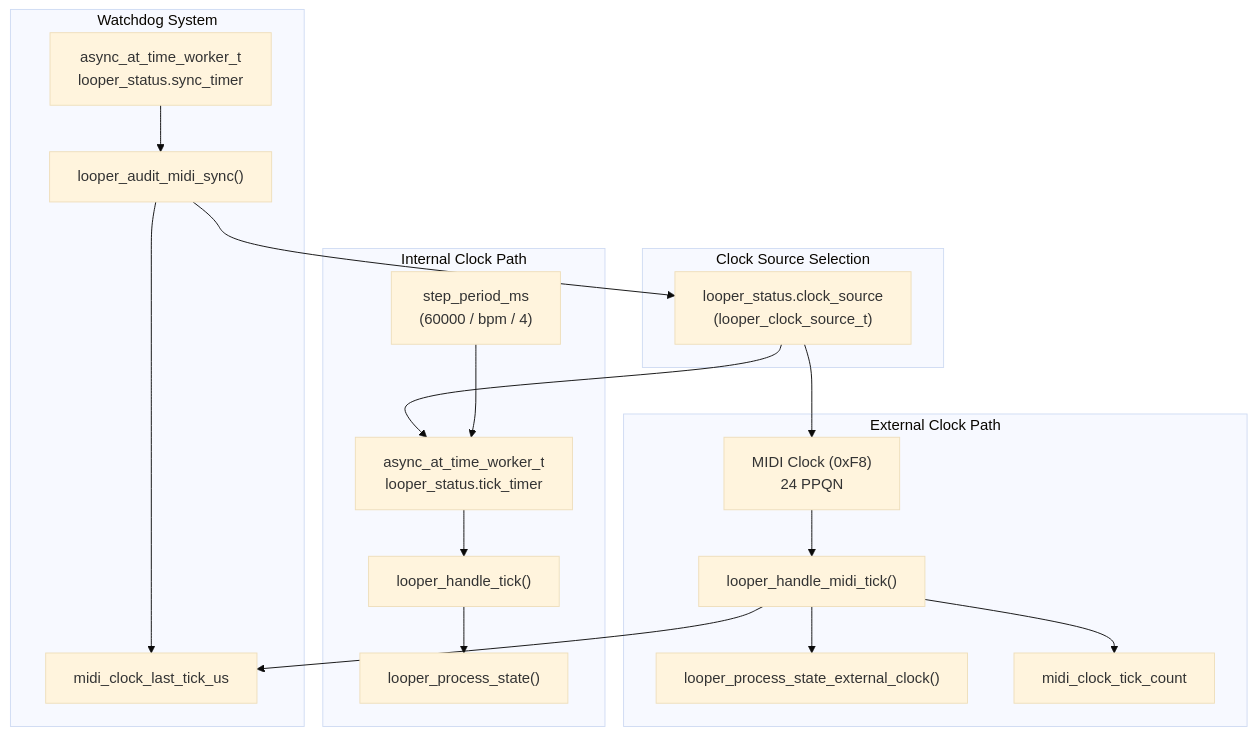
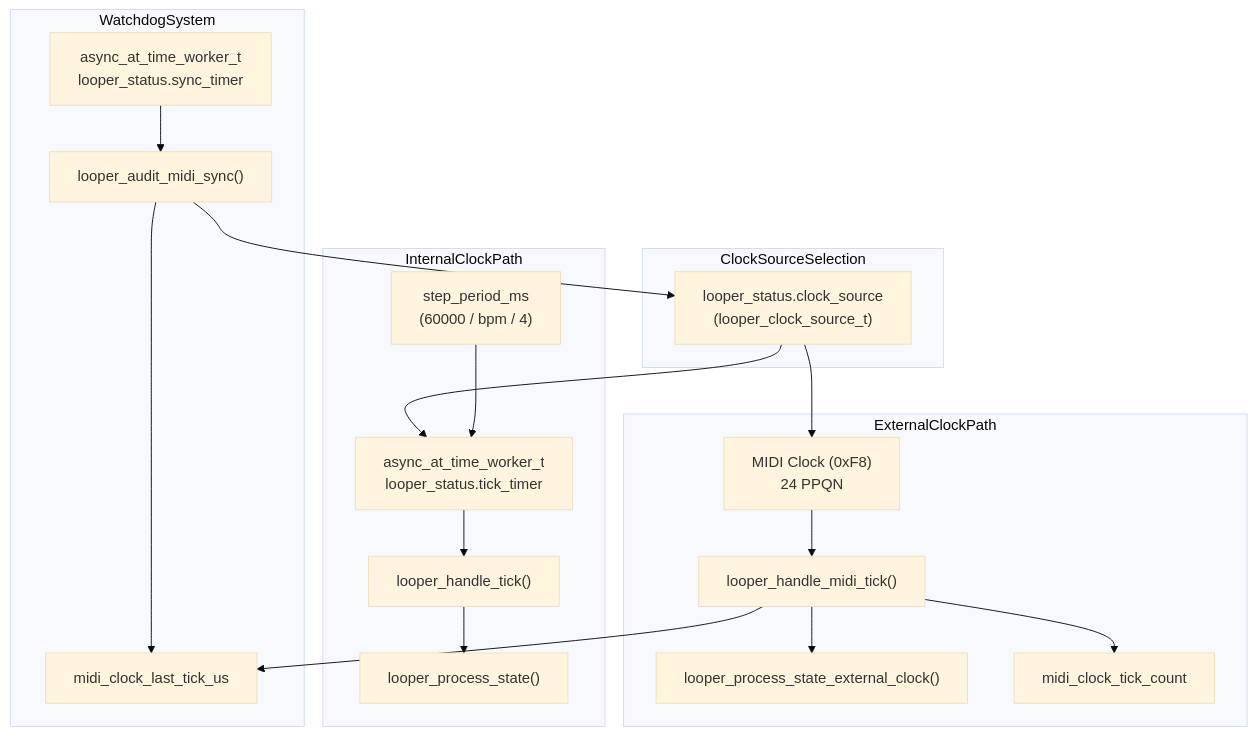
One commit to Jus-Be/orinayo-pico changed the first of 5 diagrams in wiki/5.3-clock-synchronization.md. Above: the diagram before and after it, drawn with Mermaid (base theme). The commit also changed other lines of this file and 42 other files, not shown here.

````diff
--- a/wiki/5.3-clock-synchronization.md
+++ b/wiki/5.3-clock-synchronization.md
@@ -36,53 +45,53 @@
 ```mermaid
 flowchart TD
 
 ClockSource["looper_status.clock_source<br>(looper_clock_source_t)"]
 AsyncTimer["async_at_time_worker_t<br>looper_status.tick_timer"]
 HandleTick["looper_handle_tick()"]
 ProcessState["looper_process_state()"]
 StepPeriod["step_period_ms<br>(60000 / bpm / 4)"]
 MIDIClock["MIDI Clock (0xF8)<br>24 PPQN"]
 HandleMIDITick["looper_handle_midi_tick()"]
 ProcessStateExt["looper_process_state_external_clock()"]
 TickCount["midi_clock_tick_count"]
 SyncTimer["async_at_time_worker_t<br>looper_status.sync_timer"]
 AuditSync["looper_audit_midi_sync()"]
 LastTick["midi_clock_last_tick_us"]
 
 ClockSource --> AsyncTimer
 ClockSource --> MIDIClock
 HandleMIDITick --> LastTick
 AuditSync --> ClockSource
 
-subgraph subGraph3 ["Watchdog System"]
+subgraph WatchdogSystem ["WatchdogSystem"]
     SyncTimer
     AuditSync
     LastTick
     SyncTimer --> AuditSync
     AuditSync --> LastTick
 end
 
-subgraph subGraph2 ["External Clock Path"]
+subgraph ExternalClockPath ["ExternalClockPath"]
     MIDIClock
     HandleMIDITick
     ProcessStateExt
     TickCount
     MIDIClock --> HandleMIDITick
     HandleMIDITick --> ProcessStateExt
     HandleMIDITick --> TickCount
 end
 
-subgraph subGraph1 ["Internal Clock Path"]
+subgraph InternalClockPath ["InternalClockPath"]
     AsyncTimer
     HandleTick
     ProcessState
     StepPeriod
     AsyncTimer --> HandleTick
     HandleTick --> ProcessState
     StepPeriod --> AsyncTimer
 end
 
-subgraph subGraph0 ["Clock Source Selection"]
+subgraph ClockSourceSelection ["ClockSourceSelection"]
     ClockSource
 end
 ```
````
